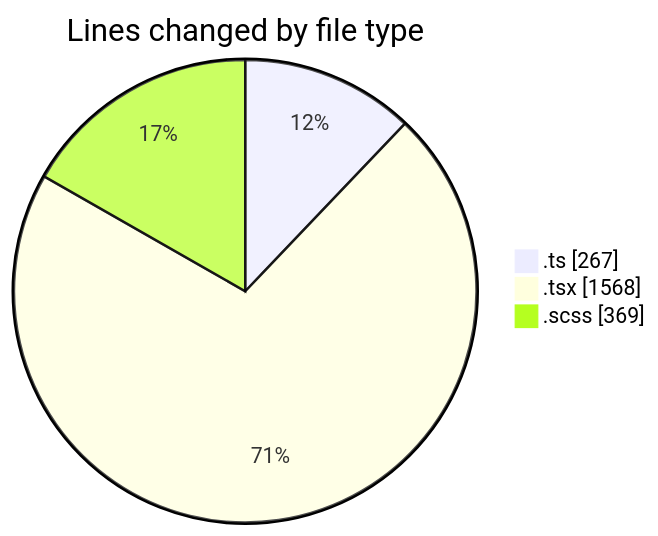
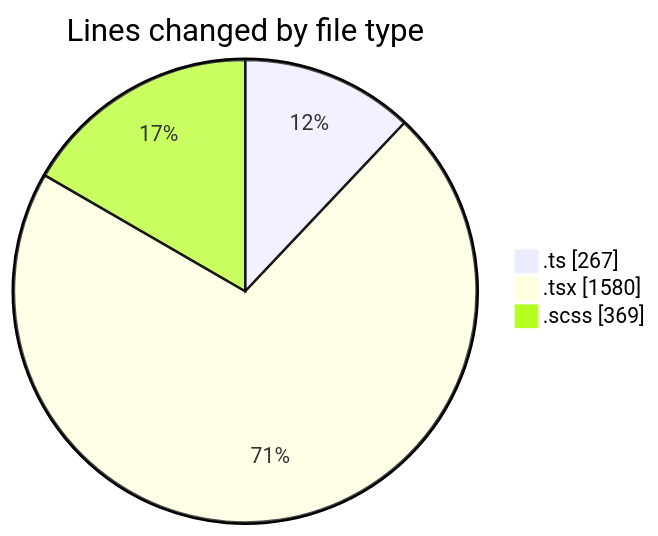
One commit to momahboobian/code-tracking changed the first of 2 diagrams in 2025-05-01/cda/README.md. Above: the diagram before and after it, drawn with Mermaid. The commit also changed other lines of this file and 1 other file, not shown here.

````diff
--- a/2025-05-01/cda/README.md
+++ b/2025-05-01/cda/README.md
@@ -32,7 +32,7 @@
 ```mermaid
 pie showData
 title Lines changed by file type
 ".ts" : 267
-".tsx" : 1568
+".tsx" : 1580
 ".scss" : 369
 ```
````
